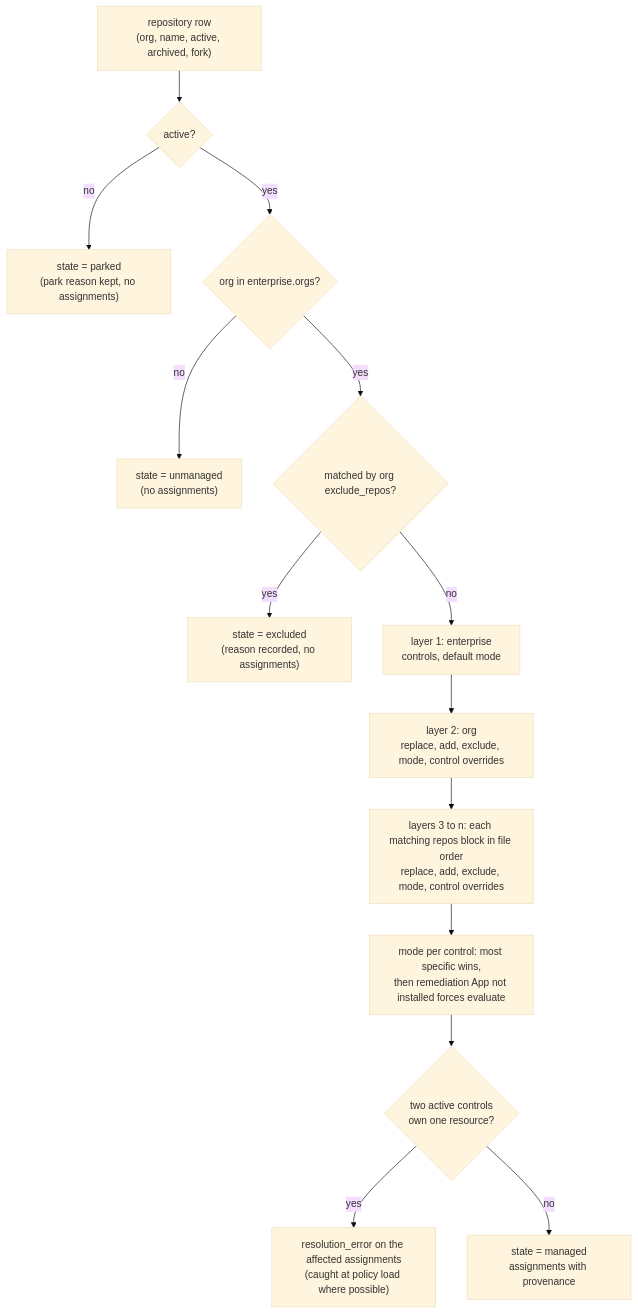
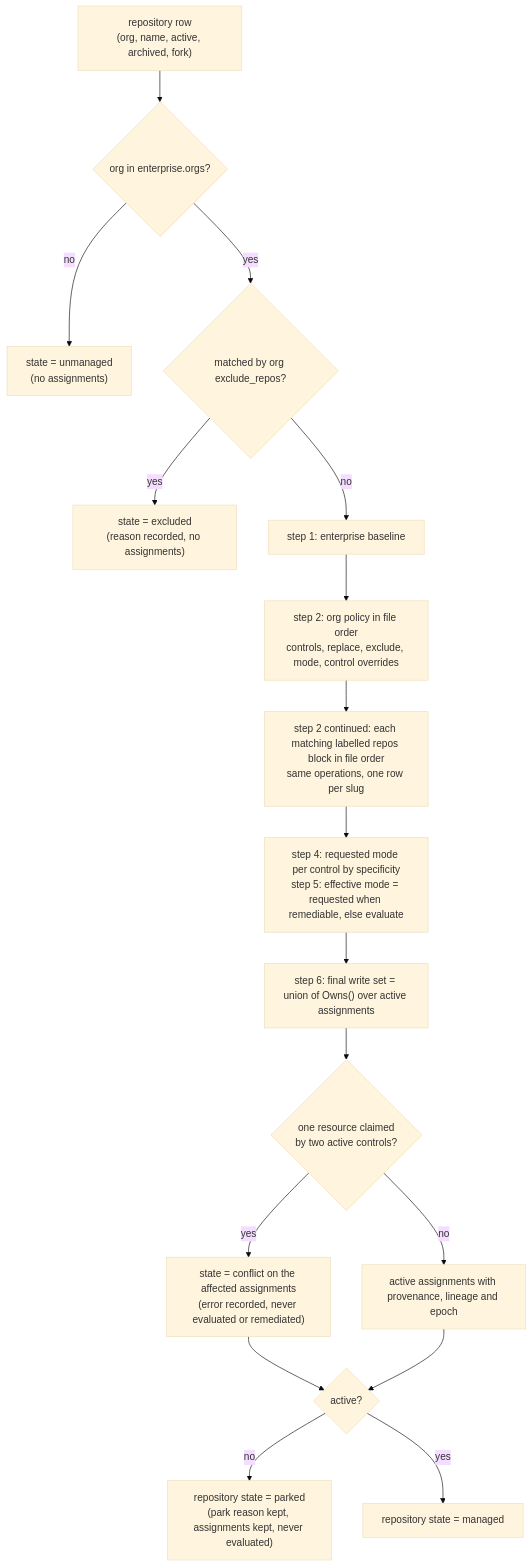
Before and after one commit to donaldgifford/repo-guardian: the diagram in docs/design/0030-policy-model-enterprise-and-org-policies-and-control-assignment.md, drawn with Mermaid (base theme). The commit also changed other lines of this file and 10 other files, not shown here.

````diff
--- a/docs/design/0030-policy-model-enterprise-and-org-policies-and-control-assignment.md
+++ b/docs/design/0030-policy-model-enterprise-and-org-policies-and-control-assignment.md
@@ -266,16 +269,19 @@
 ```mermaid
 flowchart TD
-    A["repository row<br/>(org, name, active, archived, fork)"] --> P{"active?"}
-    P -- no --> PK["state = parked<br/>(park reason kept, no assignments)"]
-    P -- yes --> B{"org in enterprise.orgs?"}
+    A["repository row<br/>(org, name, active, archived, fork)"] --> B{"org in enterprise.orgs?"}
     B -- no --> U["state = unmanaged<br/>(no assignments)"]
     B -- yes --> C{"matched by org exclude_repos?"}
     C -- yes --> X["state = excluded<br/>(reason recorded, no assignments)"]
-    C -- no --> L1["layer 1: enterprise<br/>controls, default mode"]
-    L1 --> L2["layer 2: org<br/>replace, add, exclude, mode, control overrides"]
-    L2 --> L3["layers 3 to n: each matching repos block in file order<br/>replace, add, exclude, mode, control overrides"]
-    L3 --> M["mode per control: most specific wins,<br/>then remediation App not installed forces evaluate"]
-    M --> I{"two active controls<br/>own one resource?"}
-    I -- yes --> ERR["resolution_error on the affected assignments<br/>(caught at policy load where possible)"]
-    I -- no --> OUT["state = managed<br/>assignments with provenance"]
+    C -- no --> L1["step 1: enterprise baseline"]
+    L1 --> L2["step 2: org policy in file order<br/>controls, replace, exclude, mode, control overrides"]
+    L2 --> L3["step 2 continued: each matching labelled repos block in file order<br/>same operations, one row per slug"]
+    L3 --> M["step 4: requested mode per control by specificity<br/>step 5: effective mode = requested when remediable, else evaluate"]
+    M --> W["step 6: final write set = union of Owns() over active assignments"]
+    W --> I{"one resource claimed<br/>by two active controls?"}
+    I -- yes --> ERR["state = conflict on the affected assignments<br/>(error recorded, never evaluated or remediated)"]
+    I -- no --> OUT["active assignments with provenance, lineage and epoch"]
+    ERR --> P{"active?"}
+    OUT --> P
+    P -- no --> PK["repository state = parked<br/>(park reason kept, assignments kept, never evaluated)"]
+    P -- yes --> MG["repository state = managed"]
 ```
````
